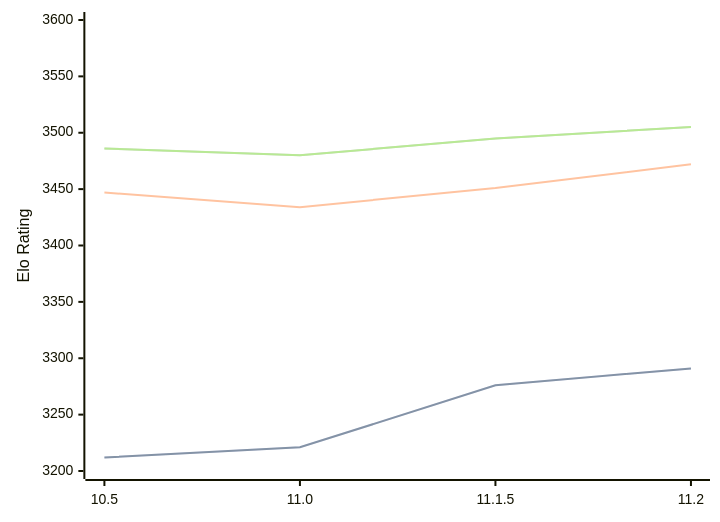
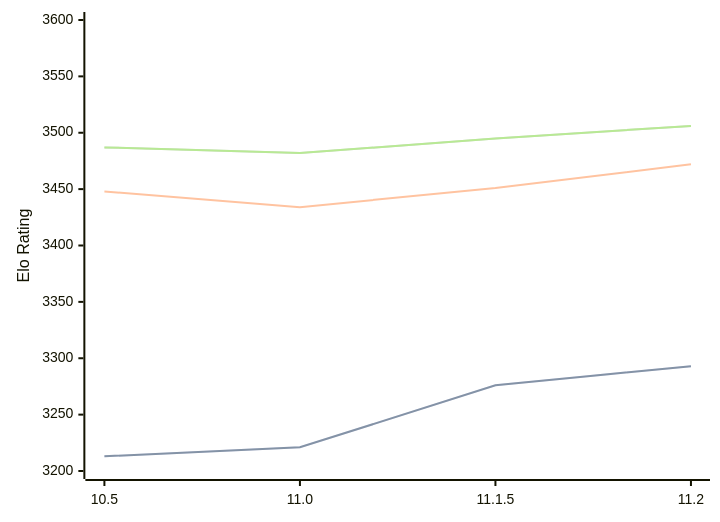
The first of 3 diagrams in engines/Lizard.md (computer-chess-index/cci), drawn with Mermaid before and after one commit. The commit also changed other lines of this file, not shown here.

Commit message:
Update CCI Ratings (ELO VLTC) - 2026-07-13

````diff
--- a/engines/Lizard.md
+++ b/engines/Lizard.md
@@ -46,11 +46,11 @@
 ```mermaid
 %%{init: {"theme":"base","themeVariables":{"seriesColors:['#a3a3a3','#222221','#faa371']}}}%%
 xychart-beta
   x-axis ["10.5", "11.0", "11.1.5", "11.2"]
   y-axis "Elo Rating" 3200 --> 3600
-  line "STC (8.0+0.08s)" [3212, 3221, 3276, 3291]
-  line "STC (8.0+0.08s)" [3212, 3221, 3276, 3291]
-  line "LTC (60.0+0.60s)" [3447, 3434, 3451, 3472]
-  line "VLTC (2m24s+1.12s)" [3486, 3480, 3495, 3505]
-  line "VLTC (2m24s+1.12s)" [3486, 3480, 3495, 3505]
+  line "STC (8.0+0.08s)" [3213, 3221, 3276, 3293]
+  line "STC (8.0+0.08s)" [3213, 3221, 3276, 3293]
+  line "LTC (60.0+0.60s)" [3448, 3434, 3451, 3472]
+  line "VLTC (2m24s+1.12s)" [3487, 3482, 3495, 3506]
+  line "VLTC (2m24s+1.12s)" [3487, 3482, 3495, 3506]
 ```
````
